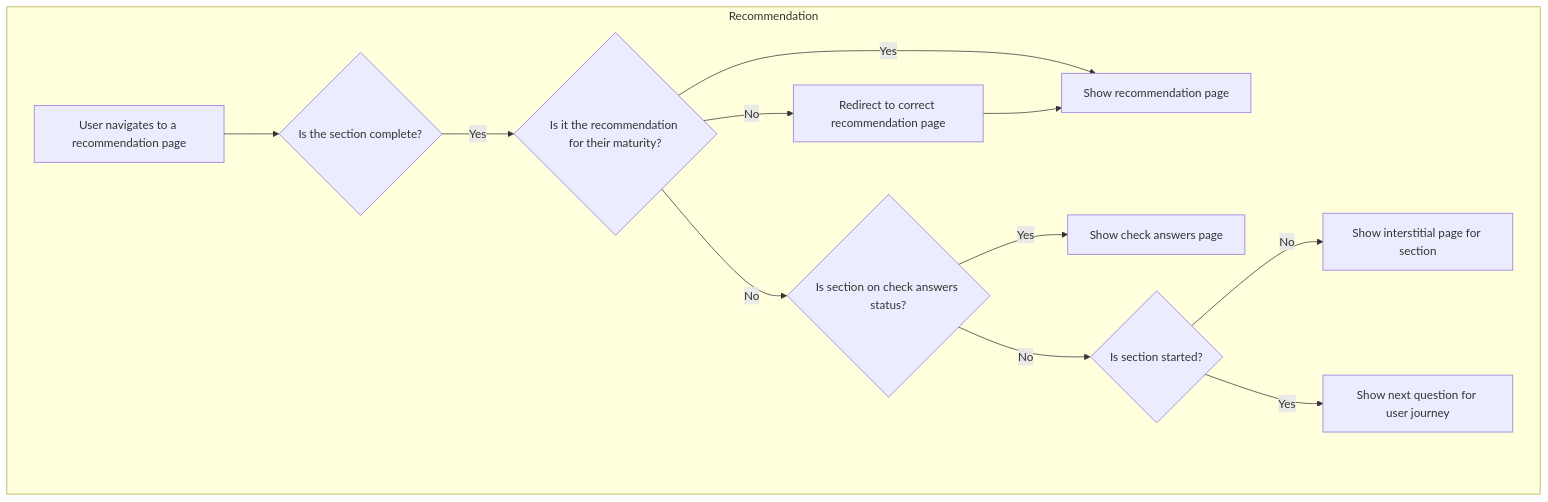
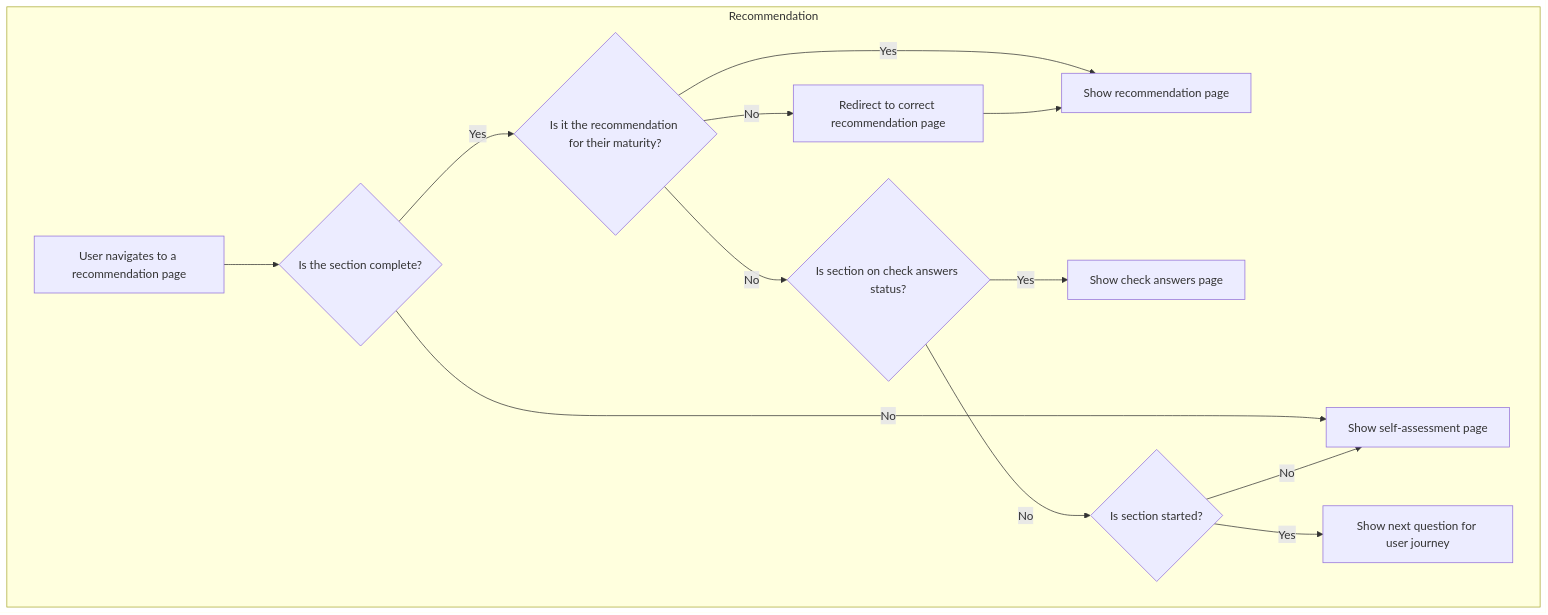
The third of 4 diagrams in docs/Routers.md (DFE-Digital/sts-plan-technology-for-your-school), drawn with Mermaid before and after one commit. The commit also changed other lines of this file and 4 other files, not shown here.

````diff
--- a/docs/Routers.md
+++ b/docs/Routers.md
@@ -43,16 +43,16 @@
 ```mermaid
 graph TD
     subgraph Recommendation
         A[User navigates to a recommendation page] --> B{Is the section complete?}
         B -- Yes --> C{Is it the recommendation for their maturity?}
+        B -- No --> I
         C -- Yes --> D[Show recommendation page]
         C -- No --> E[Redirect to correct recommendation page]
         E --> D
-
         C -- No --> F{Is section on check answers status?}
         F -- Yes --> G[Show check answers page]
         F -- No --> H{Is section started?}
-        H -- No --> I[Show interstitial page for section]
+        H -- No --> I[Show self-assessment page]
         H -- Yes --> J[Show next question for user journey]
     end
 ```
````
